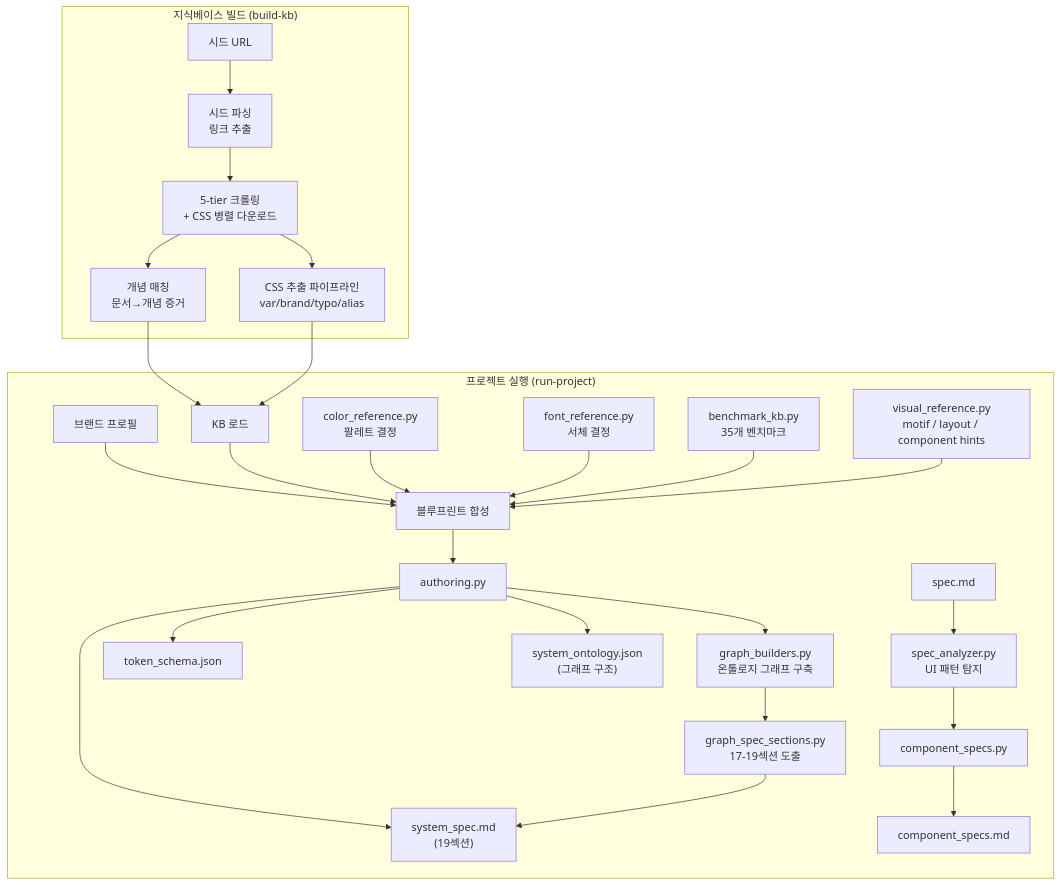
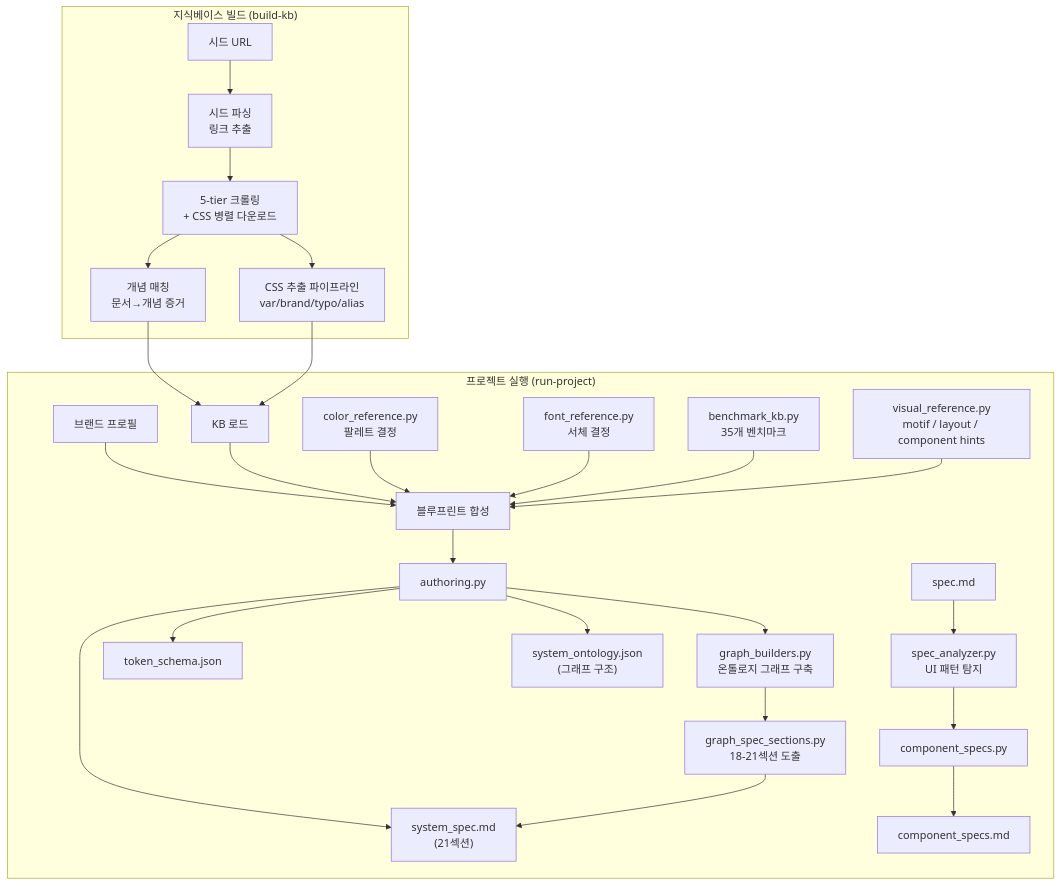
Before and after one commit to 2000silpeed/design-ontology-harness: the second of 3 diagrams in README.md, drawn with Mermaid. The commit also changed other lines of this file and 24 other files, not shown here.

````diff
--- a/README.md
+++ b/README.md
@@ -544,34 +551,34 @@
 ```mermaid
 flowchart TB
     subgraph KB["지식베이스 빌드 (build-kb)"]
         S1["시드 URL"] --> SEED["시드 파싱\n링크 추출"]
         SEED --> CRAWL["5-tier 크롤링\n+ CSS 병렬 다운로드"]
         CRAWL --> CSS_EX["CSS 추출 파이프라인\nvar/brand/typo/alias"]
         CRAWL --> ONT["개념 매칭\n문서→개념 증거"]
     end
 
     subgraph PROJECT["프로젝트 실행 (run-project)"]
         BP["브랜드 프로필"] --> SYNTH["블루프린트 합성"]
         KB_LOAD["KB 로드"] --> SYNTH
         COLOR["color_reference.py\n팔레트 결정"] --> SYNTH
         FONT["font_reference.py\n서체 결정"] --> SYNTH
         BENCH["benchmark_kb.py\n35개 벤치마크"] --> SYNTH
         VISUAL_REF["visual_reference.py\nmotif / layout / component hints"] --> SYNTH
 
         SYNTH --> AUTH["authoring.py"]
         AUTH --> GRAPH["graph_builders.py\n온톨로지 그래프 구축"]
-        GRAPH --> GRAPH_SEC["graph_spec_sections.py\n17-19섹션 도출"]
+        GRAPH --> GRAPH_SEC["graph_spec_sections.py\n18-21섹션 도출"]
 
-        AUTH --> SYS["system_spec.md\n(19섹션)"]
+        AUTH --> SYS["system_spec.md\n(21섹션)"]
         AUTH --> TOK["token_schema.json"]
         AUTH --> ONT_OUT["system_ontology.json\n(그래프 구조)"]
         GRAPH_SEC --> SYS
 
         SPEC_FILE["spec.md"] --> SPEC_AN["spec_analyzer.py\nUI 패턴 탐지"]
         SPEC_AN --> COMP_GEN["component_specs.py"]
         COMP_GEN --> COMP["component_specs.md"]
     end
 
     ONT --> KB_LOAD
     CSS_EX --> KB_LOAD
 ```
````
